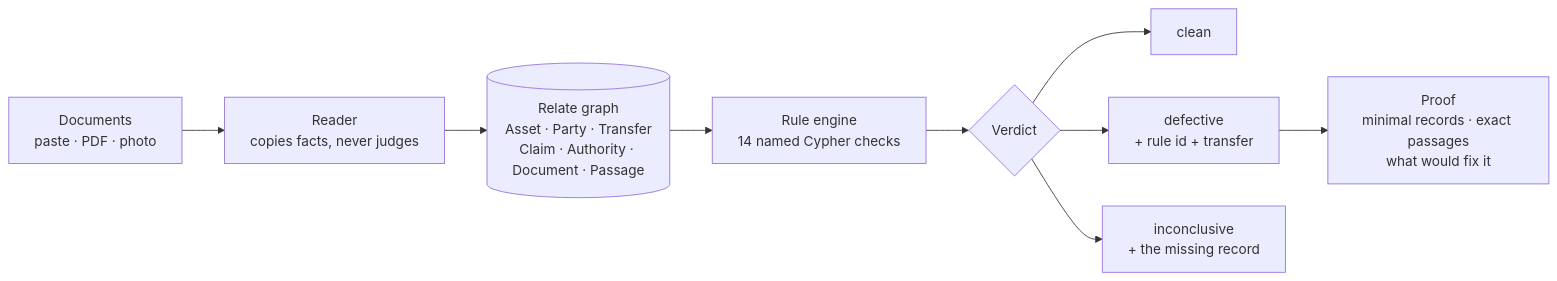
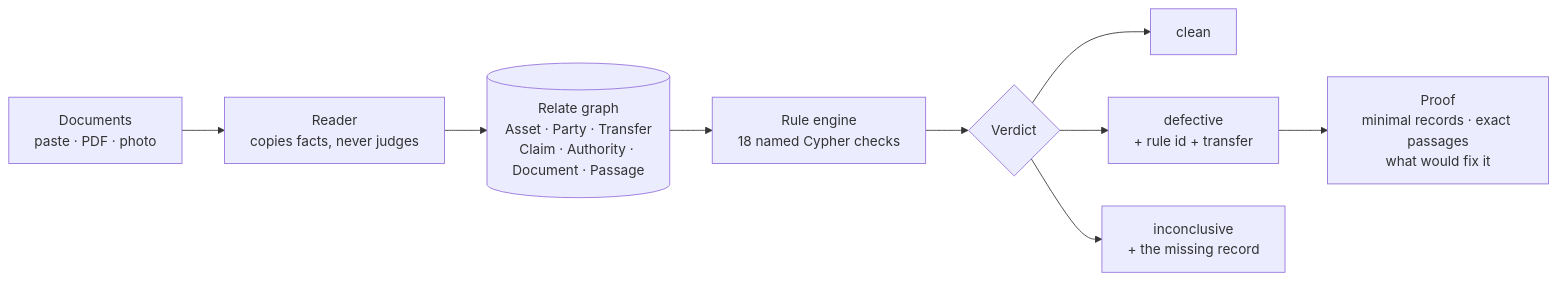
One commit to samuel025/vestigium changed the diagram in README.md. Above: the diagram before and after it, drawn with Mermaid. The commit also changed other lines of this file and 14 other files, not shown here.

````diff
--- a/README.md
+++ b/README.md
@@ -86,11 +86,11 @@
 ```mermaid
 flowchart LR
   D["Documents<br/>paste · PDF · photo"] --> R["Reader<br/>copies facts, never judges"]
   R --> G[("Relate graph<br/>Asset · Party · Transfer<br/>Claim · Authority · Document · Passage")]
-  G --> E["Rule engine<br/>14 named Cypher checks"]
+  G --> E["Rule engine<br/>18 named Cypher checks"]
   E --> V{"Verdict"}
   V --> C["clean"]
   V --> X["defective<br/>+ rule id + transfer"]
   V --> I["inconclusive<br/>+ the missing record"]
   X --> P["Proof<br/>minimal records · exact passages<br/>what would fix it"]
 ```
````
